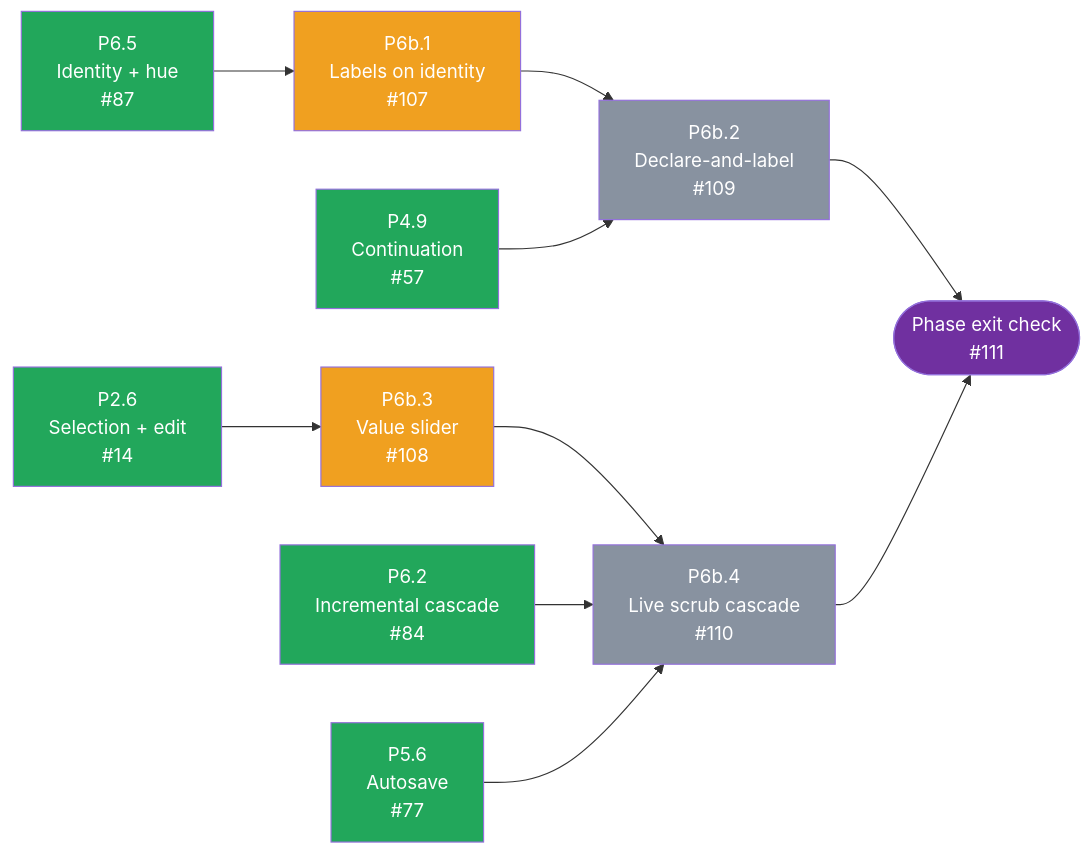
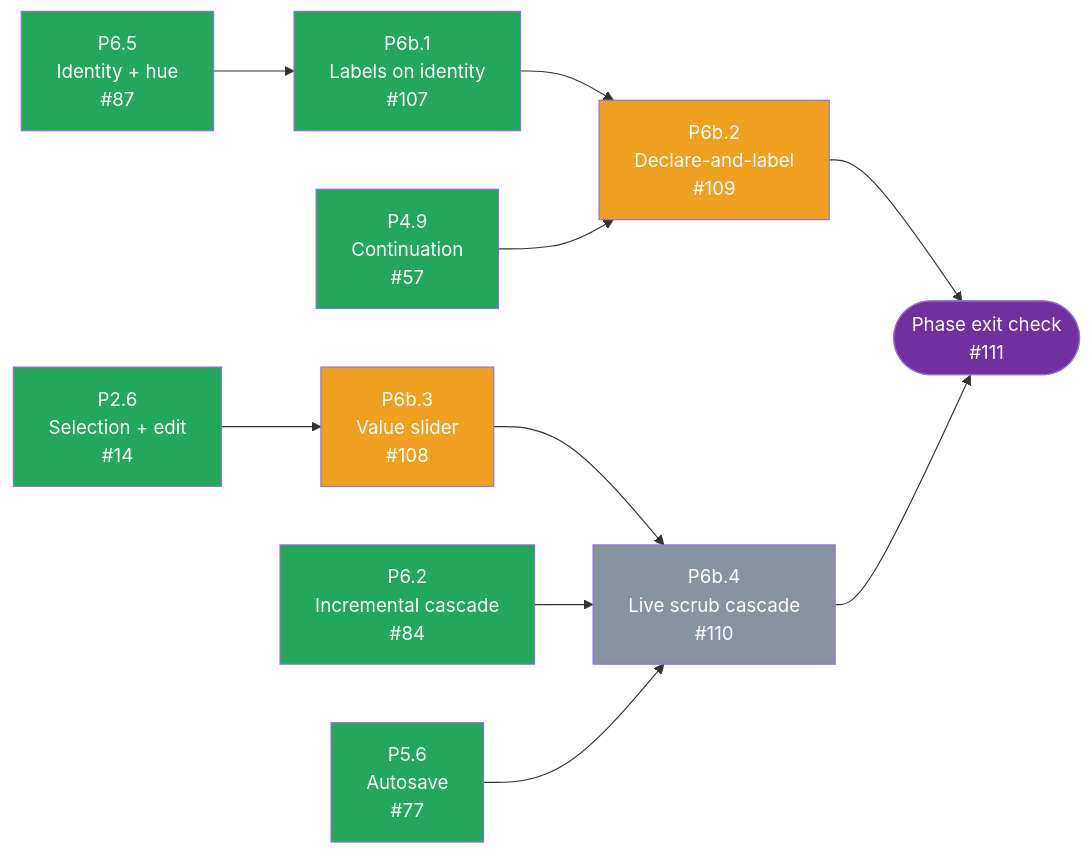
Before and after one commit to tousifosman/CalcMind: the sixth of 6 diagrams in docs/DEVELOPMENT_PLAN.md, drawn with Mermaid. The commit also changed other lines of this file and 15 other files, not shown here.

````diff
--- a/docs/DEVELOPMENT_PLAN.md
+++ b/docs/DEVELOPMENT_PLAN.md
@@ -1176,35 +1176,35 @@
 ```mermaid
 flowchart LR
     P65["P6.5<br/>Identity + hue<br/>#87"]
     P49["P4.9<br/>Continuation<br/>#57"]
     P26["P2.6<br/>Selection + edit<br/>#14"]
     P62["P6.2<br/>Incremental cascade<br/>#84"]
     P56["P5.6<br/>Autosave<br/>#77"]
     P6b1["P6b.1<br/>Labels on identity<br/>#107"]
     P6b2["P6b.2<br/>Declare-and-label<br/>#109"]
     P6b3["P6b.3<br/>Value slider<br/>#108"]
     P6b4["P6b.4<br/>Live scrub cascade<br/>#110"]
     EXIT(["Phase exit check<br/>#111"])
 
     P65 --> P6b1
     P6b1 --> P6b2
     P49 --> P6b2
     P26 --> P6b3
     P6b3 --> P6b4
     P62 --> P6b4
     P56 --> P6b4
 
     P6b2 --> EXIT
     P6b4 --> EXIT
 
     style P65 fill:#22A75B,color:#fff
     style P49 fill:#22A75B,color:#fff
     style P26 fill:#22A75B,color:#fff
     style P62 fill:#22A75B,color:#fff
     style P56 fill:#22A75B,color:#fff
-    style P6b1 fill:#F0A020,color:#fff
-    style P6b2 fill:#8892A0,color:#fff
+    style P6b1 fill:#22A75B,color:#fff
+    style P6b2 fill:#F0A020,color:#fff
     style P6b3 fill:#F0A020,color:#fff
     style P6b4 fill:#8892A0,color:#fff
     style EXIT fill:#7030A0,color:#fff
 ```
````
